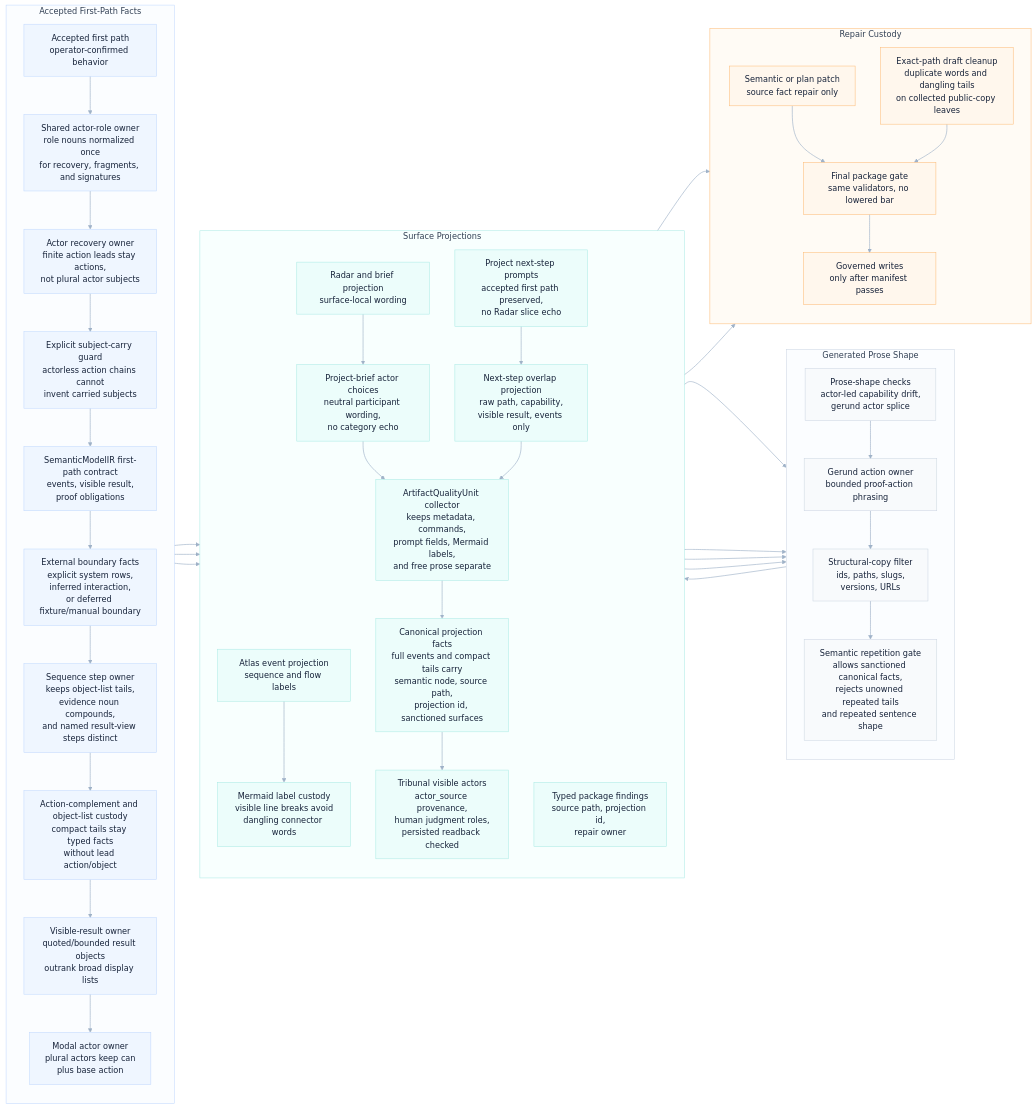
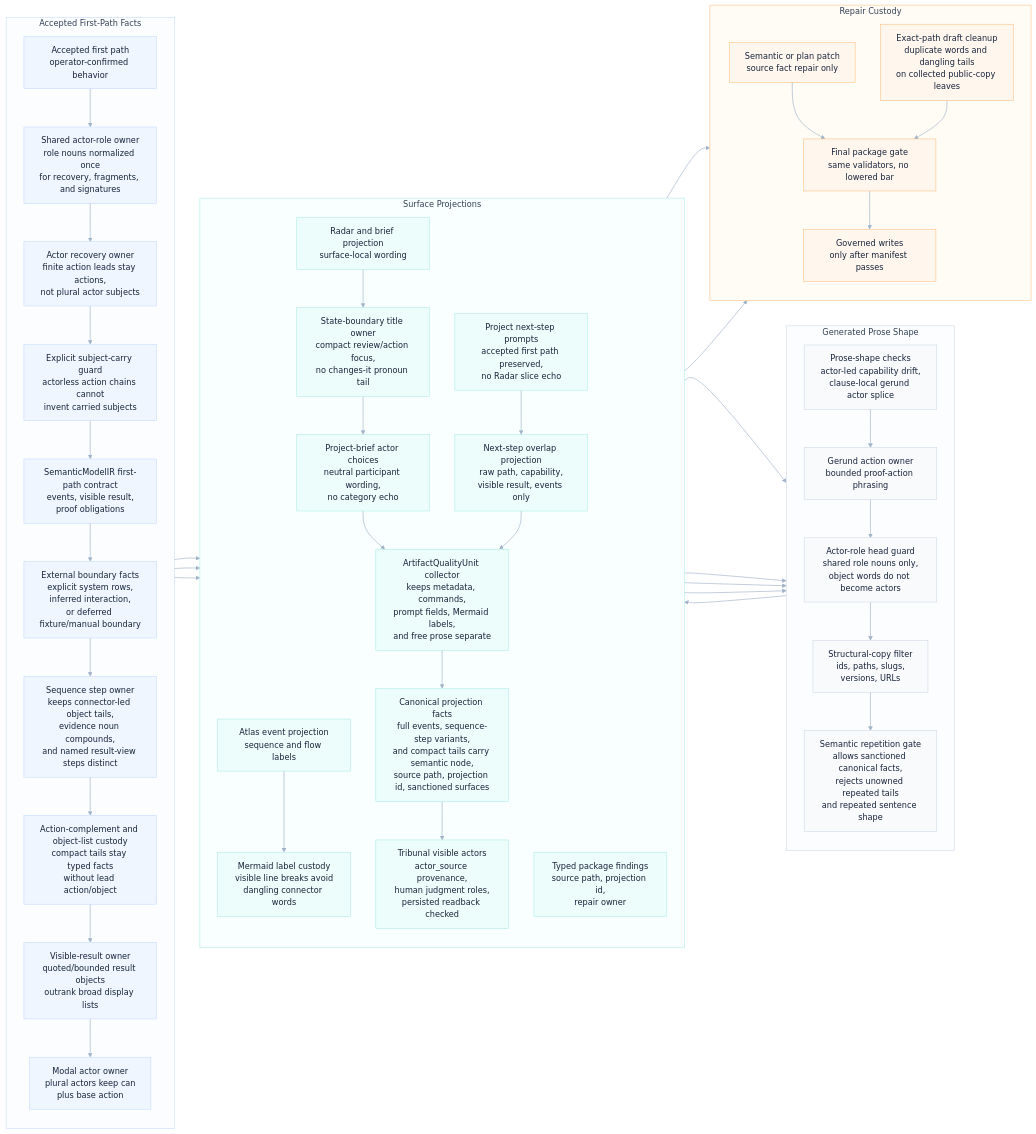
The diagram in odylith/atlas/source/greenfield-first-path-semantic-copy-custody.mmd (odylith/odylith), drawn with Mermaid before and after one commit. The commit also changed 65 other files, not shown here.

Commit message:
Harden greenfield sequence projection custody

```diff
--- a/odylith/atlas/source/greenfield-first-path-semantic-copy-custody.mmd
+++ b/odylith/atlas/source/greenfield-first-path-semantic-copy-custody.mmd
@@ -1,92 +1,96 @@
 flowchart LR
     subgraph intent_lane["Accepted First-Path Facts"]
       direction TB
       accepted_path["Accepted first path<br/>operator-confirmed behavior"]
       actor_roles["Shared actor-role owner<br/>role nouns normalized once<br/>for recovery, fragments, and signatures"]
       actor_recovery["Actor recovery owner<br/>finite action leads stay actions,<br/>not plural actor subjects"]
       subject_carry_guard["Explicit subject-carry guard<br/>actorless action chains cannot<br/>invent carried subjects"]
       semantic_contract["SemanticModelIR first-path contract<br/>events, visible result,<br/>proof obligations"]
       external_boundary["External boundary facts<br/>explicit system rows,<br/>inferred interaction,<br/>or deferred fixture/manual boundary"]
-      sequence_owner["Sequence step owner<br/>keeps object-list tails,<br/>evidence noun compounds,<br/>and named result-view steps distinct"]
+      sequence_owner["Sequence step owner<br/>keeps connector-led object tails,<br/>evidence noun compounds,<br/>and named result-view steps distinct"]
       tail_custody["Action-complement and object-list custody<br/>compact tails stay typed facts<br/>without lead action/object"]
       visible_result_owner["Visible-result owner<br/>quoted/bounded result objects<br/>outrank broad display lists"]
       modal_owner["Modal actor owner<br/>plural actors keep can<br/>plus base action"]
     end
 
     subgraph prose_lane["Generated Prose Shape"]
       direction TB
-      shape_checks["Prose-shape checks<br/>actor-led capability drift,<br/>gerund actor splice"]
+      shape_checks["Prose-shape checks<br/>actor-led capability drift,<br/>clause-local gerund actor splice"]
       gerund_owner["Gerund action owner<br/>bounded proof-action phrasing"]
+      actor_role_head_guard["Actor-role head guard<br/>shared role nouns only,<br/>object words do not become actors"]
       structural_filter["Structural-copy filter<br/>ids, paths, slugs,<br/>versions, URLs"]
       repetition_gate["Semantic repetition gate<br/>allows sanctioned canonical facts,<br/>rejects unowned repeated tails<br/>and repeated sentence shape"]
     end
 
     subgraph projection_lane["Surface Projections"]
       direction TB
       radar_projection["Radar and brief projection<br/>surface-local wording"]
+      state_boundary_titles["State-boundary title owner<br/>compact review/action focus,<br/>no changes-it pronoun tail"]
       actor_choice_copy["Project-brief actor choices<br/>neutral participant wording,<br/>no category echo"]
       atlas_projection["Atlas event projection<br/>sequence and flow labels"]
       mermaid_label_custody["Mermaid label custody<br/>visible line breaks avoid<br/>dangling connector words"]
       next_step_prompts["Project next-step prompts<br/>accepted first path preserved,<br/>no Radar slice echo"]
       overlap_projection["Next-step overlap projection<br/>raw path, capability,<br/>visible result, events only"]
       artifact_units["ArtifactQualityUnit collector<br/>keeps metadata, commands,<br/>prompt fields, Mermaid labels,<br/>and free prose separate"]
-      canonical_facts["Canonical projection facts<br/>full events and compact tails carry<br/>semantic node, source path,<br/>projection id, sanctioned surfaces"]
+      canonical_facts["Canonical projection facts<br/>full events, sequence-step variants,<br/>and compact tails carry semantic node,<br/>source path, projection id, sanctioned surfaces"]
       tribunal_actors["Tribunal visible actors<br/>actor_source provenance,<br/>human judgment roles,<br/>persisted readback checked"]
       package_findings["Typed package findings<br/>source path, projection id,<br/>repair owner"]
     end
 
     subgraph repair_lane["Repair Custody"]
       direction TB
       semantic_plan_patch["Semantic or plan patch<br/>source fact repair only"]
       exact_draft_cleanup["Exact-path draft cleanup<br/>duplicate words and dangling tails<br/>on collected public-copy leaves"]
       final_gate["Final package gate<br/>same validators, no lowered bar"]
       governed_write["Governed writes<br/>only after manifest passes"]
     end
 
     accepted_path --> actor_roles
     actor_roles --> actor_recovery
     actor_recovery --> subject_carry_guard
     subject_carry_guard --> semantic_contract
     semantic_contract --> external_boundary
     external_boundary --> sequence_owner
     sequence_owner --> tail_custody
     tail_custody --> visible_result_owner
     visible_result_owner --> modal_owner
     modal_owner --> radar_projection
     modal_owner --> atlas_projection
     modal_owner --> next_step_prompts
-    radar_projection --> actor_choice_copy
+    radar_projection --> state_boundary_titles
+    state_boundary_titles --> actor_choice_copy
     radar_projection --> shape_checks
     atlas_projection --> mermaid_label_custody
     mermaid_label_custody --> shape_checks
     actor_choice_copy --> artifact_units
     next_step_prompts --> overlap_projection
     overlap_projection --> artifact_units
     artifact_units --> canonical_facts
     canonical_facts --> tribunal_actors
     tribunal_actors --> shape_checks
     shape_checks --> gerund_owner
-    gerund_owner --> structural_filter
+    gerund_owner --> actor_role_head_guard
+    actor_role_head_guard --> structural_filter
     structural_filter --> repetition_gate
     canonical_facts --> repetition_gate
     repetition_gate --> package_findings
     package_findings --> semantic_plan_patch
     package_findings --> exact_draft_cleanup
     semantic_plan_patch --> final_gate
     exact_draft_cleanup --> final_gate
     final_gate --> governed_write
 
     classDef intent fill:#EFF6FF,stroke:#BFD7FE,color:#17233A,stroke-width:1px;
     classDef prose fill:#F8FAFC,stroke:#CBD5E1,color:#17233A,stroke-width:1px;
     classDef projection fill:#ECFDFB,stroke:#A7E9E3,color:#17233A,stroke-width:1px;
     classDef repair fill:#FFF7ED,stroke:#FDBA74,color:#17233A,stroke-width:1px;
     class accepted_path,actor_roles,actor_recovery,subject_carry_guard,semantic_contract,external_boundary,sequence_owner,tail_custody,visible_result_owner,modal_owner intent;
-    class shape_checks,gerund_owner,structural_filter,repetition_gate prose;
-    class radar_projection,actor_choice_copy,atlas_projection,mermaid_label_custody,next_step_prompts,overlap_projection,artifact_units,canonical_facts,tribunal_actors,package_findings projection;
+    class shape_checks,gerund_owner,actor_role_head_guard,structural_filter,repetition_gate prose;
+    class radar_projection,state_boundary_titles,actor_choice_copy,atlas_projection,mermaid_label_custody,next_step_prompts,overlap_projection,artifact_units,canonical_facts,tribunal_actors,package_findings projection;
     class semantic_plan_patch,exact_draft_cleanup,final_gate,governed_write repair;
 
     style intent_lane fill:#FBFDFF,stroke:#BFD7FE,stroke-width:1px,color:#334155
     style prose_lane fill:#FBFDFF,stroke:#CBD5E1,stroke-width:1px,color:#334155
     style projection_lane fill:#F8FFFE,stroke:#A7E9E3,stroke-width:1px,color:#334155
     style repair_lane fill:#FFFBF5,stroke:#FDBA74,stroke-width:1px,color:#334155
     linkStyle default stroke:#9FB2C8,stroke-width:1.25px
```
